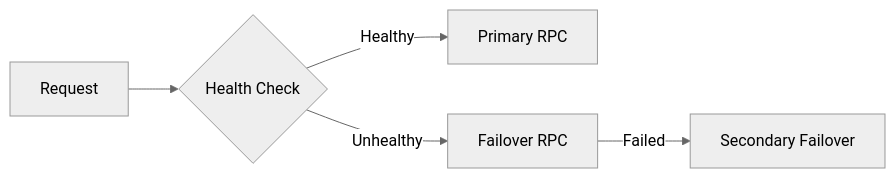
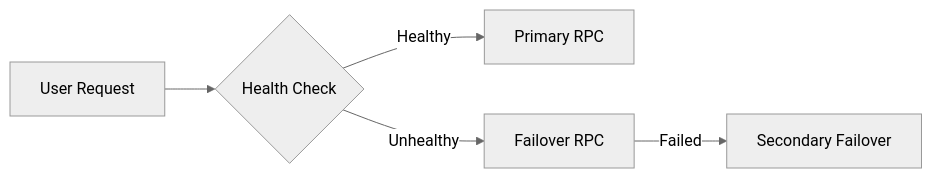
Before and after one commit to rolodexter/rolodexter3: the second of 3 diagrams in memory/rolodexterGPT-memory/architecture.md, drawn with Mermaid (neutral theme). The commit also changed other lines of this file and 9 other files, not shown here.

````diff
--- a/memory/rolodexterGPT-memory/architecture.md
+++ b/memory/rolodexterGPT-memory/architecture.md
@@ -25,7 +24,7 @@
-  ```mermaid
-  graph LR
-      A[Request] --> B{Health Check}
-      B --> |Healthy| C[Primary RPC]
-      B --> |Unhealthy| D[Failover RPC]
-      D --> |Failed| E[Secondary Failover]
-  ```
+```mermaid
+graph LR
+    A[User Request] --> B{Health Check}
+    B --> |Healthy| C[Primary RPC]
+    B --> |Unhealthy| D[Failover RPC]
+    D --> |Failed| E[Secondary Failover]
+```
````
